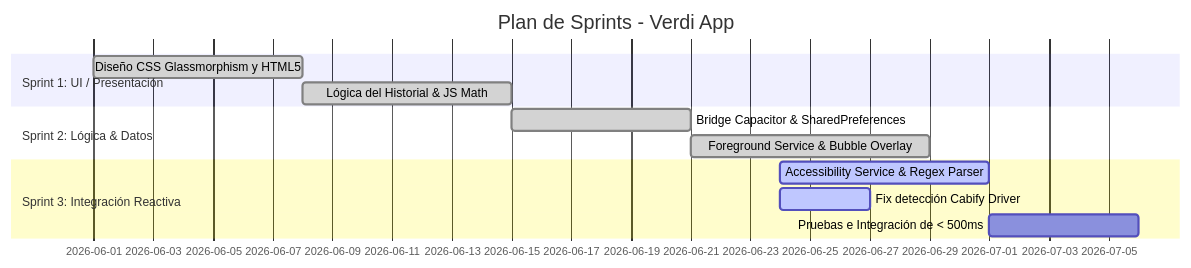
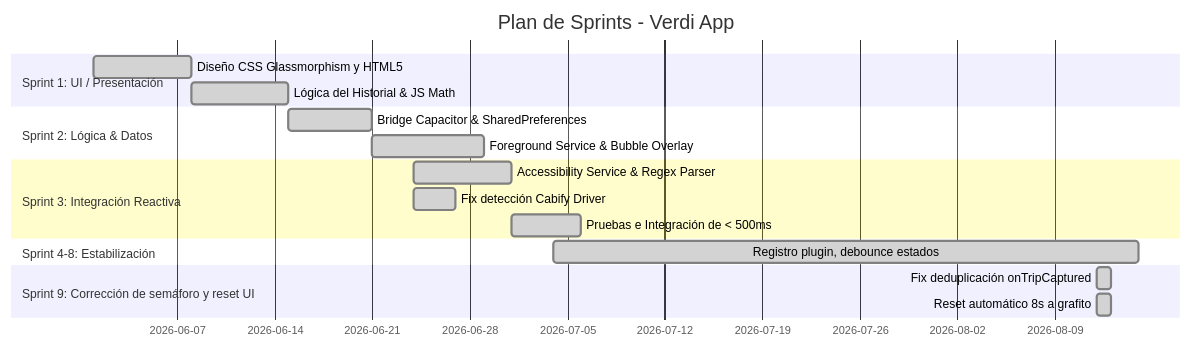
The second of 2 diagrams in README.md (JorgeFreire95/Verdi), drawn with Mermaid before and after one commit. The commit also changed other lines of this file and 1 other file, not shown here.

````diff
--- a/README.md
+++ b/README.md
@@ -86,15 +86,20 @@
 ```mermaid
 gantt
     title Plan de Sprints - Verdi App
     dateFormat  YYYY-MM-DD
     section Sprint 1: UI / Presentación
     Diseño CSS Glassmorphism y HTML5    :done, s1, 2026-06-01, 7d
     Lógica del Historial & JS Math      :done, s2, after s1, 7d
     section Sprint 2: Lógica & Datos
     Bridge Capacitor & SharedPreferences :done, s3, 2026-06-15, 6d
     Foreground Service & Bubble Overlay  :done, s4, after s3, 8d
     section Sprint 3: Integración Reactiva
-    Accessibility Service & Regex Parser :active, s5, 2026-06-24, 7d
-    Fix detección Cabify Driver          :active, s6, 2026-06-24, 3d
-    Pruebas e Integración de < 500ms     :s7, after s5, 5d
+    Accessibility Service & Regex Parser :done, s5, 2026-06-24, 7d
+    Fix detección Cabify Driver          :done, s6, 2026-06-24, 3d
+    Pruebas e Integración de < 500ms     :done, s7, after s5, 5d
+    section Sprint 4-8: Estabilización
+    Registro plugin, debounce estados    :done, s8, 2026-07-04, 42d
+    section Sprint 9: Corrección de semáforo y reset UI
+    Fix deduplicación onTripCaptured     :done, s9, 2026-08-12, 1d
+    Reset automático 8s a grafito        :done, s10, 2026-08-12, 1d
 ```
````
